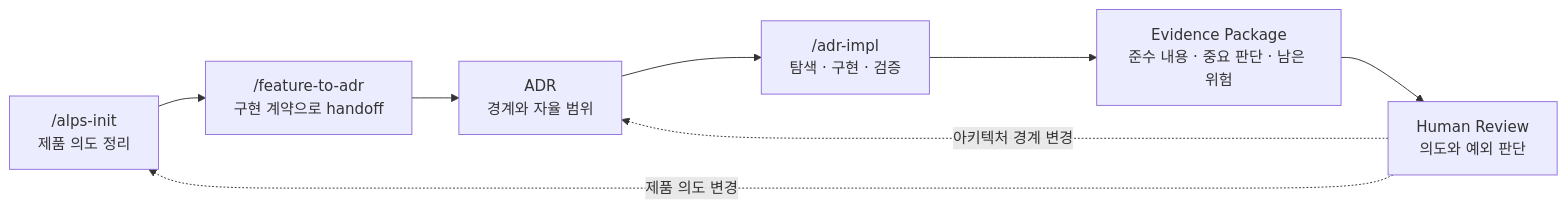
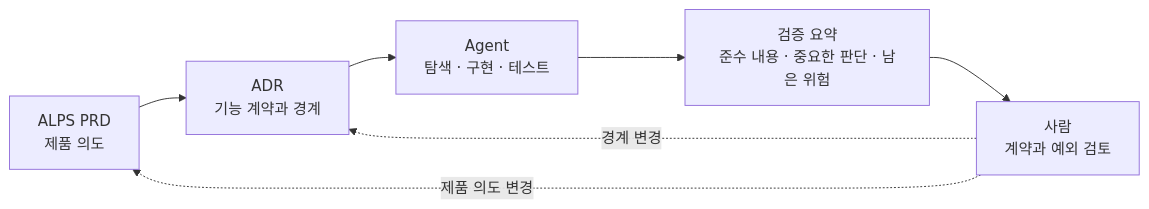
Before and after one commit to haandol/haandol.github.com: the diagram in _posts/2026-07-25-alps-adr-abstraction-boundaries.md, drawn with Mermaid. The commit also changed other lines of this file and 1 other file, not shown here.

````diff
--- a/_posts/2026-07-25-alps-adr-abstraction-boundaries.md
+++ b/_posts/2026-07-25-alps-adr-abstraction-boundaries.md
@@ -238,10 +123,9 @@
 ```mermaid
 flowchart LR
-    P["/alps-init<br/>제품 의도 정리"] --> H["/feature-to-adr<br/>구현 계약으로 handoff"]
-    H --> A["ADR<br/>경계와 자율 범위"]
-    A --> I["/adr-impl<br/>탐색 · 구현 · 검증"]
-    I --> E["Evidence Package<br/>준수 내용 · 중요 판단 · 남은 위험"]
-    E --> R["Human Review<br/>의도와 예외 판단"]
-    R -.->|"제품 의도 변경"| P
-    R -.->|"아키텍처 경계 변경"| A
+    P["ALPS PRD<br/>제품 의도"] --> A["ADR<br/>기능 계약과 경계"]
+    A --> I["Agent<br/>탐색 · 구현 · 테스트"]
+    I --> E["검증 요약<br/>준수 내용 · 중요한 판단 · 남은 위험"]
+    E --> R["사람<br/>계약과 예외 검토"]
+    R -. "제품 의도 변경" .-> P
+    R -. "경계 변경" .-> A
 ```
````
